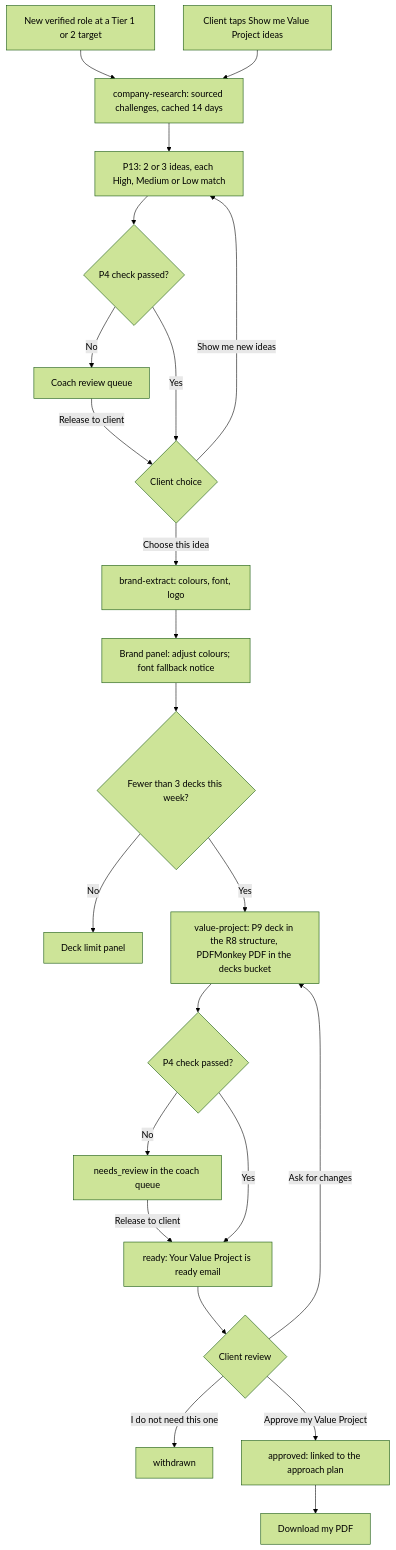
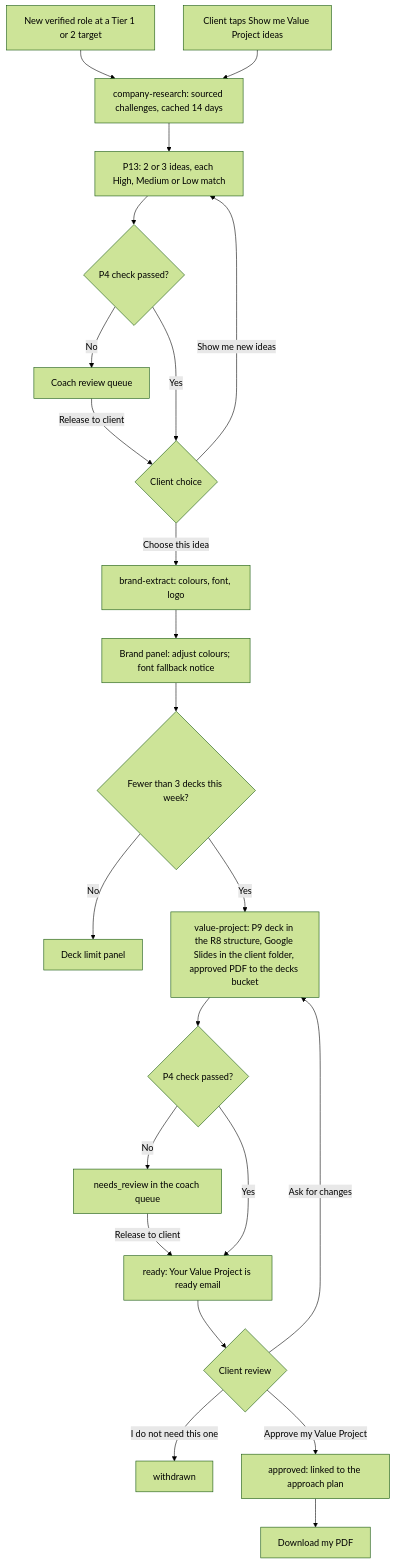
One commit to TalentFB/boost changed the fourth of 5 diagrams in docs/app-flow.md. Above: the diagram before and after it, drawn with Mermaid (forest theme). The commit also changed other lines of this file, not shown here.

First line of the commit message:
App Flow: Value Project decks in Google Slides, approved PDF in Supabase (L53 replaces L52)

````diff
--- a/docs/app-flow.md
+++ b/docs/app-flow.md
@@ -611,25 +611,25 @@
 ```mermaid
 flowchart TD
   T1["New verified role at a Tier 1 or 2 target"] --> R["company-research: sourced challenges, cached 14 days"]
   T2["Client taps Show me Value Project ideas"] --> R
   R --> I["P13: 2 or 3 ideas, each High, Medium or Low match"]
   I --> P1{"P4 check passed?"}
   P1 -- No --> Q1["Coach review queue"]
   Q1 -- "Release to client" --> CH
   P1 -- Yes --> CH{"Client choice"}
   CH -- "Show me new ideas" --> I
   CH -- "Choose this idea" --> BX["brand-extract: colours, font, logo"]
   BX --> AD["Brand panel: adjust colours; font fallback notice"]
   AD --> LIM{"Fewer than 3 decks this week?"}
   LIM -- No --> WL["Deck limit panel"]
-  LIM -- Yes --> BD["value-project: P9 deck in the R8 structure, PDFMonkey PDF in the decks bucket"]
+  LIM -- Yes --> BD["value-project: P9 deck in the R8 structure, Google Slides in the client folder, approved PDF to the decks bucket"]
   BD --> P2{"P4 check passed?"}
   P2 -- No --> Q2["needs_review in the coach queue"]
   Q2 -- "Release to client" --> RD
   P2 -- Yes --> RD["ready: Your Value Project is ready email"]
   RD --> REV{"Client review"}
   REV -- "Ask for changes" --> BD
   REV -- "I do not need this one" --> WD["withdrawn"]
   REV -- "Approve my Value Project" --> OK["approved: linked to the approach plan"]
   OK --> DL["Download my PDF"]
 ```
````
